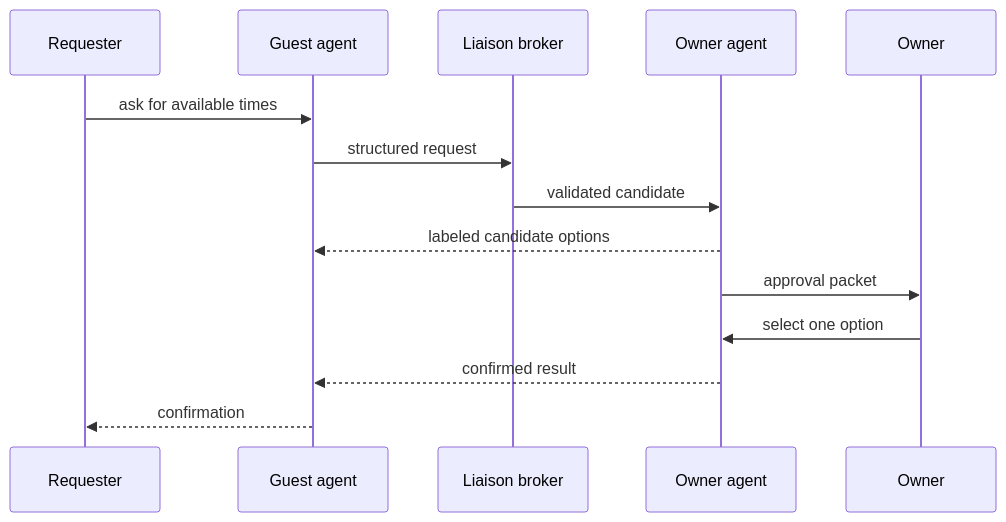
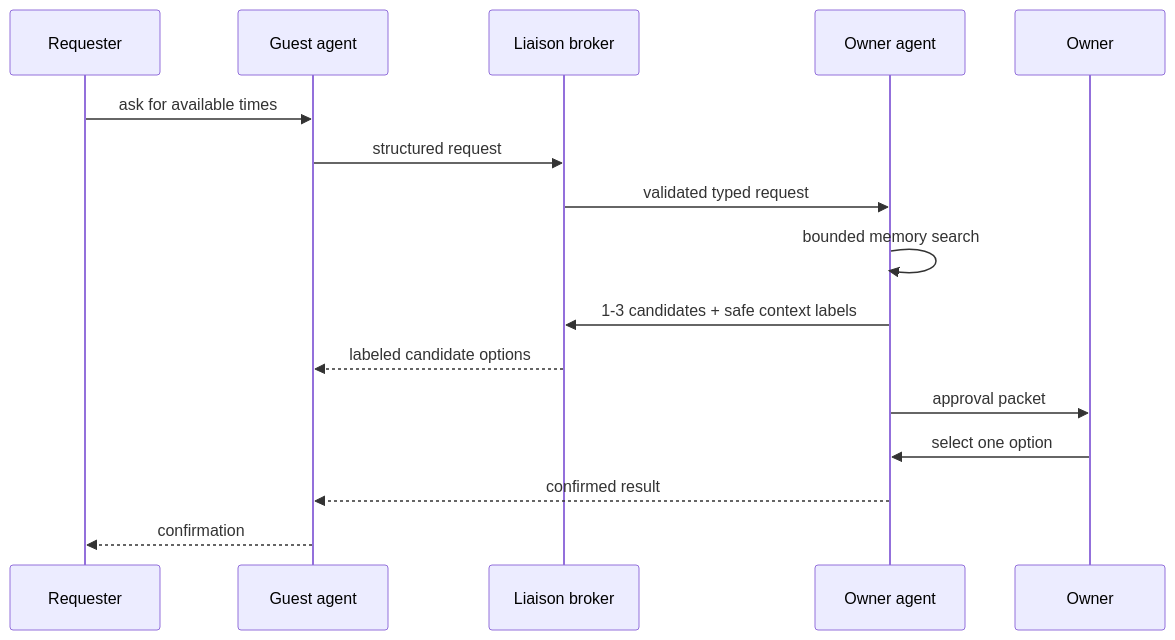
Before and after one commit to simon5530/agent-liaison: the second of 2 diagrams in docs/ARCHITECTURE.md, drawn with Mermaid. The commit also changed other lines of this file and 9 other files, not shown here.

Commit message:
Add bounded owner-memory candidate review

````diff
--- a/docs/ARCHITECTURE.md
+++ b/docs/ARCHITECTURE.md
@@ -92,17 +92,19 @@
 ```mermaid
 sequenceDiagram
     participant R as Requester
     participant G as Guest agent
     participant B as Liaison broker
     participant M as Owner agent
     participant O as Owner
 
     R->>G: ask for available times
     G->>B: structured request
-    B->>M: validated candidate
-    M-->>G: labeled candidate options
+    B->>M: validated typed request
+    M->>M: bounded memory search
+    M->>B: 1-3 candidates + safe context labels
+    B-->>G: labeled candidate options
     M->>O: approval packet
     O->>M: select one option
     M-->>G: confirmed result
     G-->>R: confirmation
 ```
````
